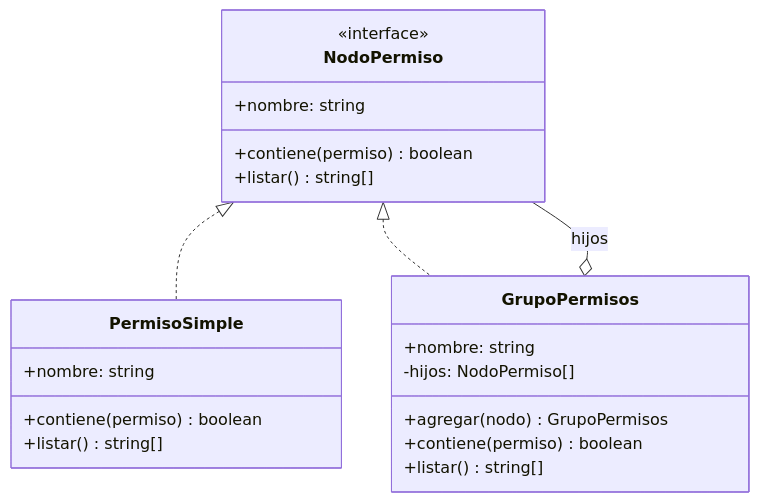
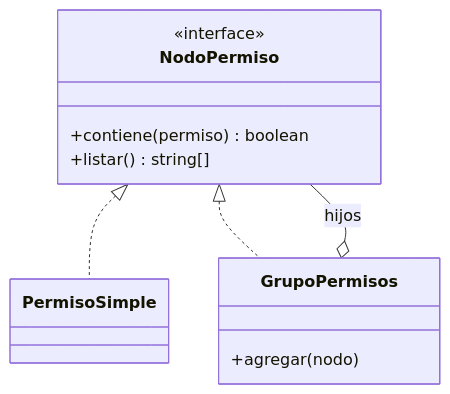
The fourth of 10 diagrams in README.md (Jean0405/SistemaGestionDigital), drawn with Mermaid before and after one commit. The commit also changed other lines of this file and 18 other files, not shown here.

````diff
--- a/README.md
+++ b/README.md
@@ -1015,25 +267,14 @@
 ```mermaid
 classDiagram
     class NodoPermiso {
         <<interface>>
-        +nombre: string
-        +contiene(permiso) boolean
-        +listar() string[]
-    }
-    class PermisoSimple {
-        +nombre: string
         +contiene(permiso) boolean
         +listar() string[]
     }
     class GrupoPermisos {
-        +nombre: string
-        -hijos: NodoPermiso[]
-        +agregar(nodo) GrupoPermisos
-        +contiene(permiso) boolean
-        +listar() string[]
+        +agregar(nodo)
     }
-
     NodoPermiso <|.. PermisoSimple
     NodoPermiso <|.. GrupoPermisos
     GrupoPermisos o-- NodoPermiso : hijos
 ```
````
